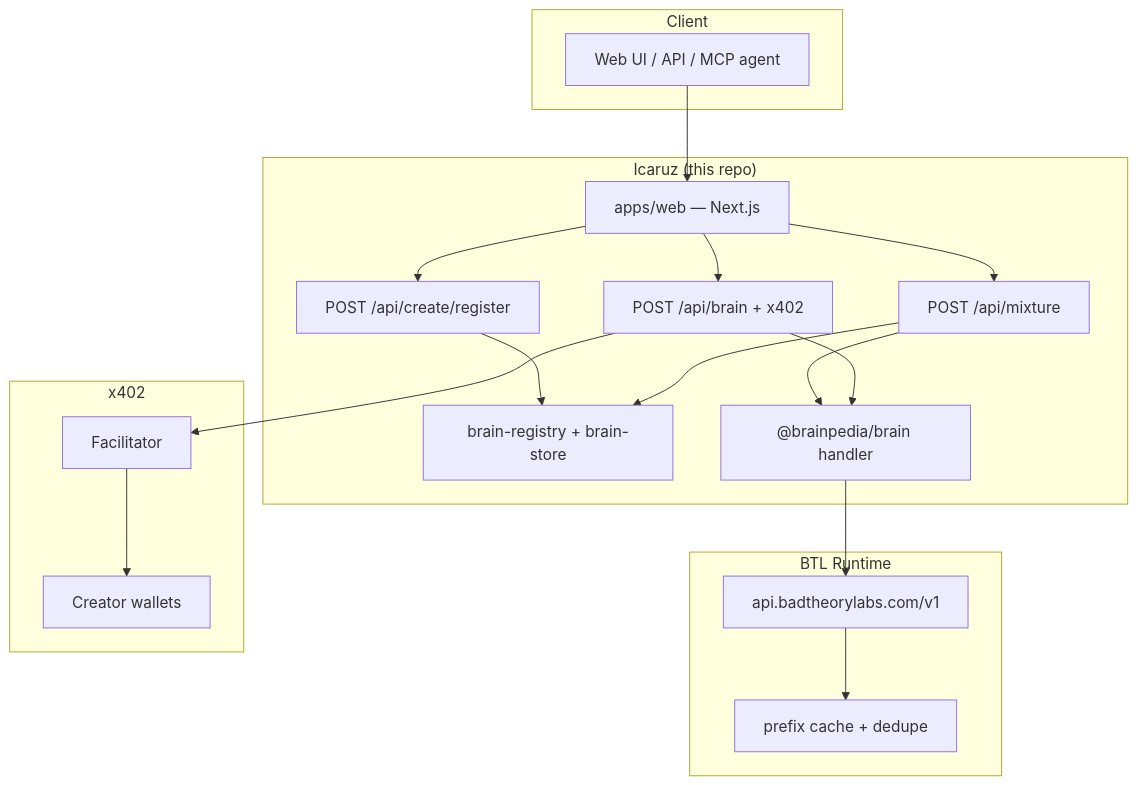
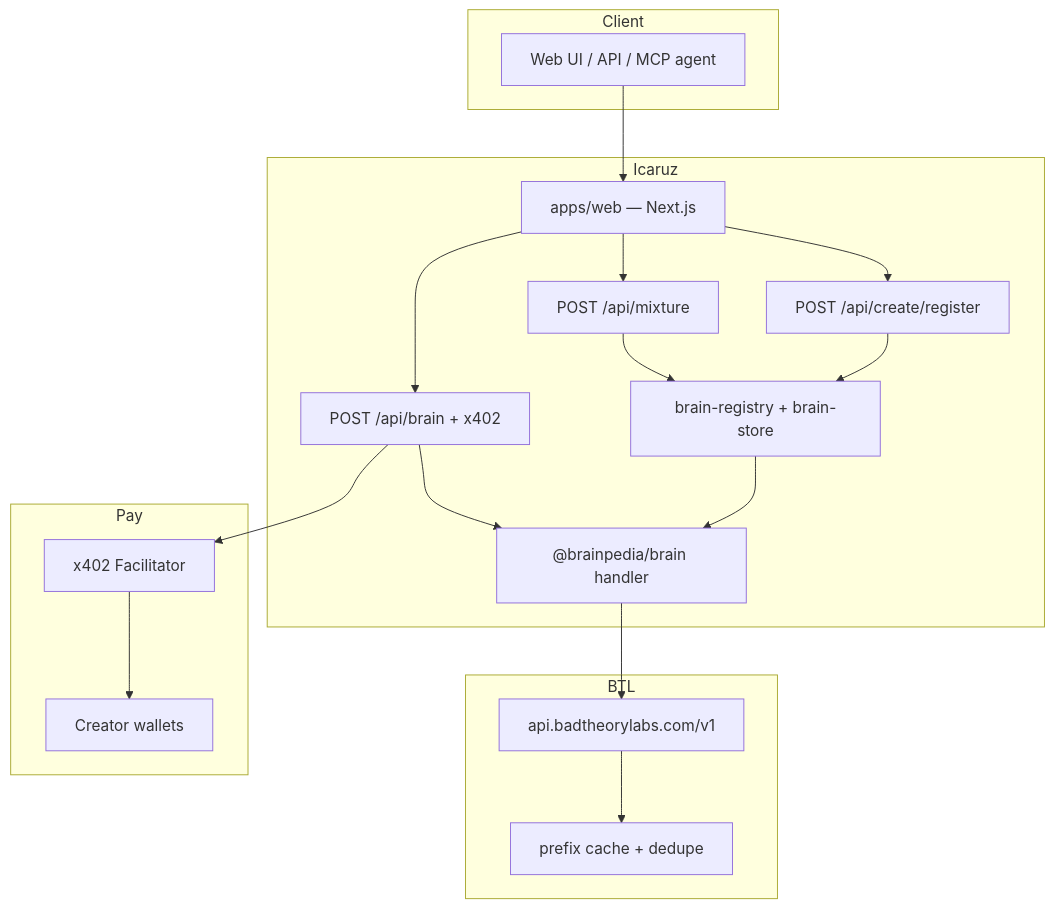
One commit to arko05roy/Icaruz changed the third of 4 diagrams in README.md. Above: the diagram before and after it, drawn with Mermaid. The commit also changed other lines of this file and 4 other files, not shown here.

````diff
--- a/README.md
+++ b/README.md
@@ -73,37 +145,32 @@
 ```mermaid
 flowchart TB
     subgraph Client
         UI[Web UI / API / MCP agent]
     end
 
-    subgraph Icaruz["Icaruz (this repo)"]
+    subgraph Icaruz
         WEB["apps/web — Next.js"]
         MIX["POST /api/mixture"]
         BRAIN["POST /api/brain + x402"]
         CREATE["POST /api/create/register"]
         REG["brain-registry + brain-store"]
         HANDLER["@brainpedia/brain handler"]
     end
 
-    subgraph BTL["BTL Runtime"]
+    subgraph BTL
         GW["api.badtheorylabs.com/v1"]
         CACHE["prefix cache + dedupe"]
     end
 
-    subgraph Pay["x402"]
-        FAC[Facilitator]
+    subgraph Pay
+        FAC[x402 Facilitator]
         CW[Creator wallets]
     end
 
     UI --> WEB
-    WEB --> MIX
-    WEB --> BRAIN
-    WEB --> CREATE
+    WEB --> MIX & BRAIN & CREATE
     CREATE --> REG
-    MIX --> REG
-    MIX --> HANDLER
+    MIX --> REG --> HANDLER --> GW --> CACHE
     BRAIN --> HANDLER
-    HANDLER --> GW
-    GW --> CACHE
     BRAIN --> FAC --> CW
 ```
````
